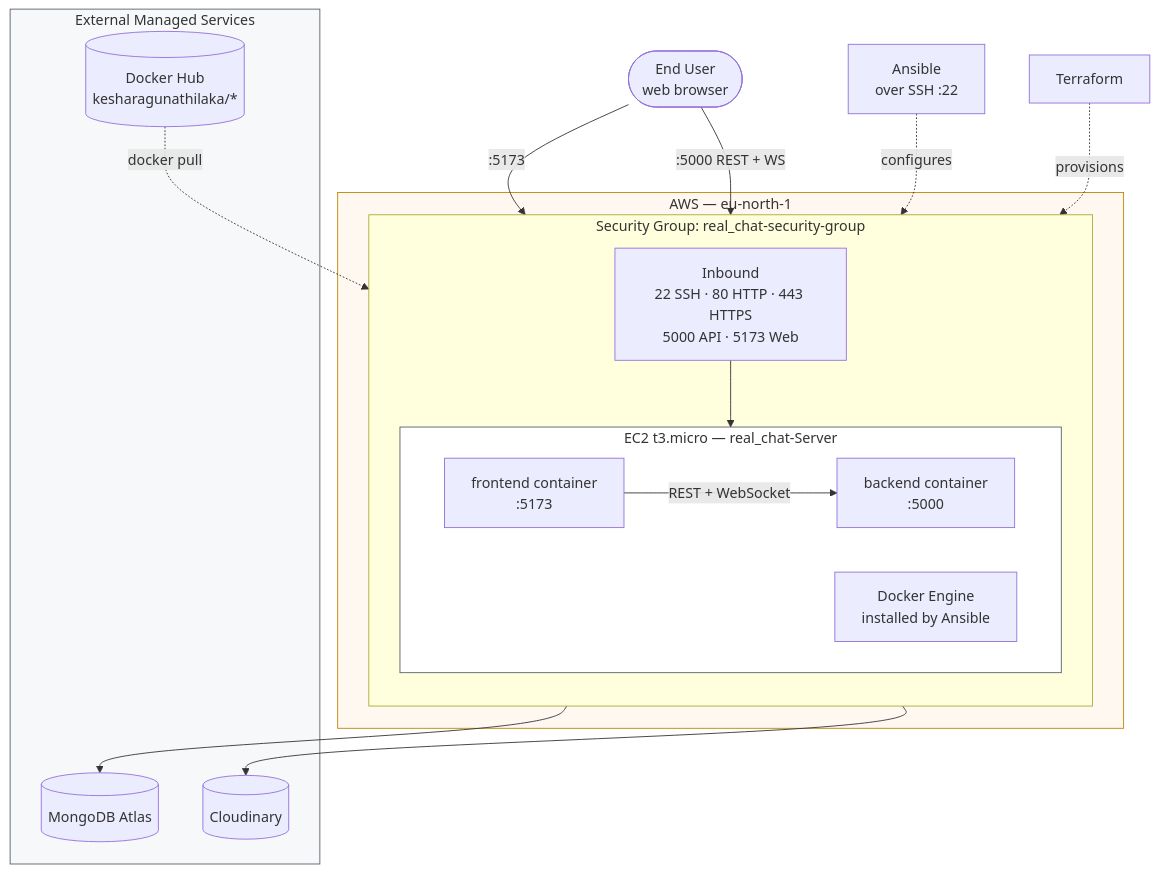
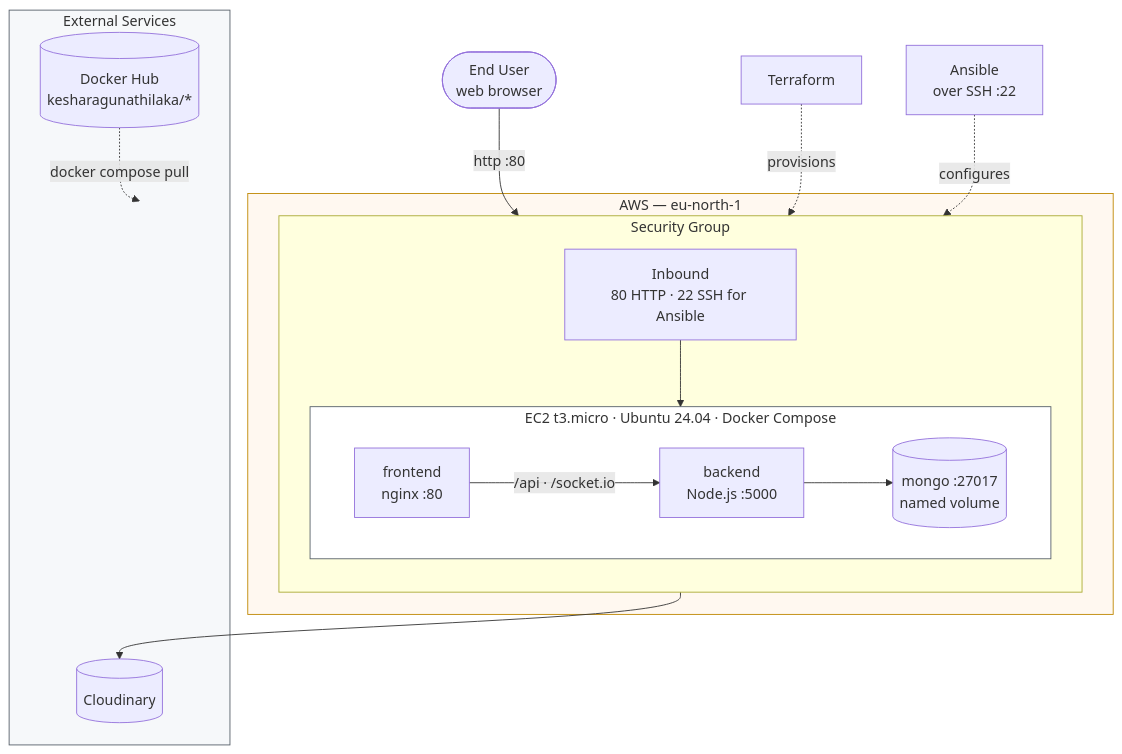
One commit to KesharaGunathilaka/DevOps_RealTimeChat changed the third of 5 diagrams in README.md. Above: the diagram before and after it, drawn with Mermaid. The commit also changed other lines of this file, not shown here.

````diff
--- a/README.md
+++ b/README.md
@@ -161,38 +174,36 @@
 ```mermaid
 flowchart TB
     USER(["End User<br/>web browser"])
 
     subgraph AWS ["AWS — eu-north-1"]
-        subgraph SG ["Security Group: real_chat-security-group"]
+        subgraph SG ["Security Group"]
             direction TB
-            PORTS["Inbound<br/>22 SSH · 80 HTTP · 443 HTTPS<br/>5000 API · 5173 Web"]
-            subgraph EC2 ["EC2 t3.micro — real_chat-Server"]
+            PORTS["Inbound<br/>80 HTTP · 22 SSH for Ansible"]
+            subgraph EC2 ["EC2 t3.micro · Ubuntu 24.04 · Docker Compose"]
                 direction LR
-                FE["frontend container<br/>:5173"]
-                BE["backend container<br/>:5000"]
-                DOCK["Docker Engine<br/>installed by Ansible"]
+                FE["frontend<br/>nginx :80"]
+                BE["backend<br/>Node.js :5000"]
+                DB[("mongo :27017<br/>named volume")]
             end
         end
     end
 
-    subgraph EXT ["External Managed Services"]
-        ATLAS[("MongoDB Atlas")]
+    subgraph EXT ["External Services"]
         CDN[("Cloudinary")]
         HUB[("Docker Hub<br/>kesharagunathilaka/*")]
     end
 
-    USER -->|":5173"| PORTS
-    USER -->|":5000 REST + WS"| PORTS
-    PORTS --> EC2
-    FE -->|"REST + WebSocket"| BE
-    BE --> ATLAS
+    USER -->|"http :80"| PORTS
+    PORTS --> FE
+    FE -->|"/api · /socket.io"| BE
+    BE --> DB
     BE --> CDN
-    HUB -.->|"docker pull"| DOCK
+    HUB -.->|"docker compose pull"| EC2
 
     TF["Terraform"] -.->|"provisions"| EC2
-    ANS["Ansible<br/>over SSH :22"] -.->|"configures"| DOCK
+    ANS["Ansible<br/>over SSH :22"] -.->|"configures"| EC2
 
     style AWS fill:#fff8f0,stroke:#bf8700
     style EC2 fill:#ffffff,stroke:#57606a
     style EXT fill:#f6f8fa,stroke:#57606a
 ```
````
